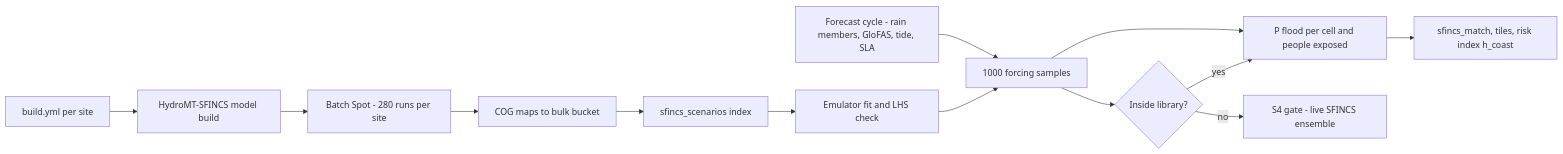
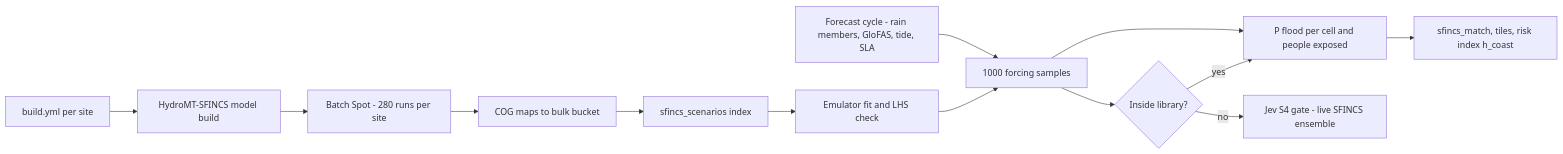
The third of 6 diagrams in docs/07-impact-modules-and-triggers.md (mcastroarroyo/weathernext), drawn with Mermaid before and after one commit. The commit also changed other lines of this file, not shown here.

````diff
--- a/docs/07-impact-modules-and-triggers.md
+++ b/docs/07-impact-modules-and-triggers.md
@@ -453,15 +453,15 @@
 ```mermaid
 flowchart LR
   B1["build.yml per site"] --> B2["HydroMT-SFINCS model build"]
   B2 --> B3["Batch Spot - 280 runs per site"]
   B3 --> B4["COG maps to bulk bucket"]
   B4 --> B5["sfincs_scenarios index"]
   B5 --> E1["Emulator fit and LHS check"]
   F1["Forecast cycle - rain members, GloFAS, tide, SLA"] --> E2["1000 forcing samples"]
   E1 --> E2
   E2 --> O1["P flood per cell and people exposed"]
   E2 --> G1{"Inside library?"}
-  G1 -->|no| G2["S4 gate - live SFINCS ensemble"]
+  G1 -->|no| G2["Jev S4 gate - live SFINCS ensemble"]
   G1 -->|yes| O1
   O1 --> O2["sfincs_match, tiles, risk index h_coast"]
 ```
````
